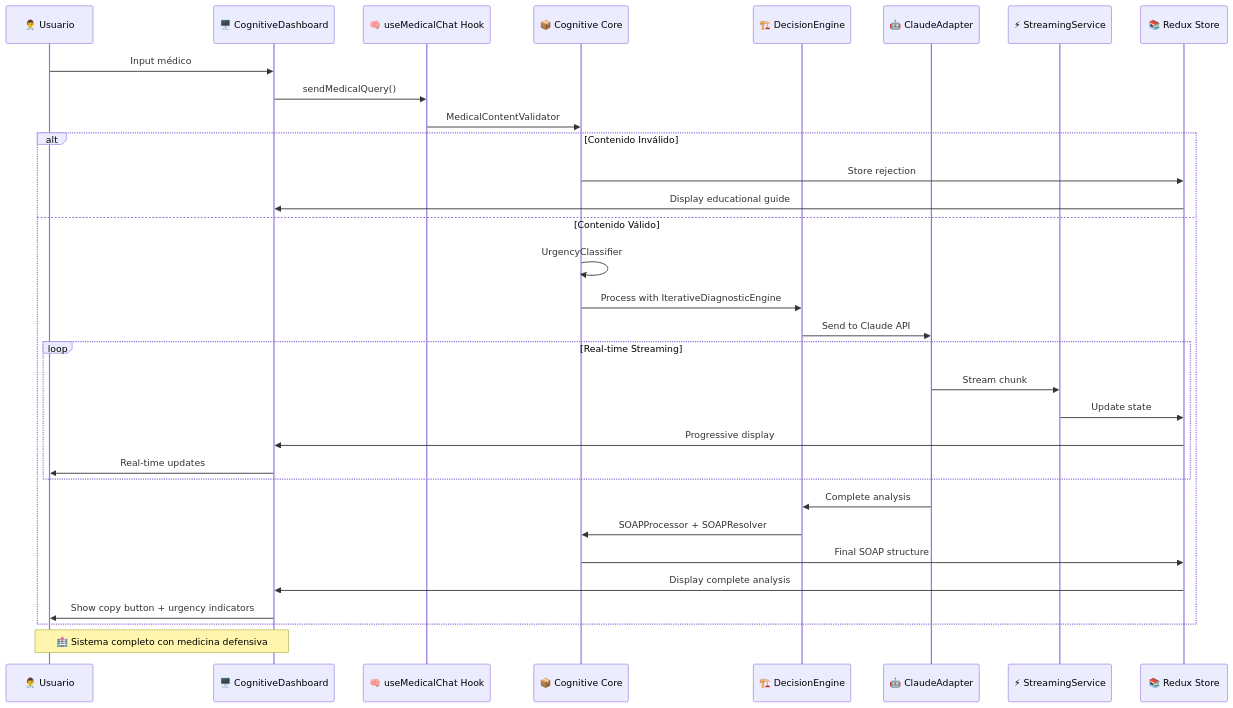
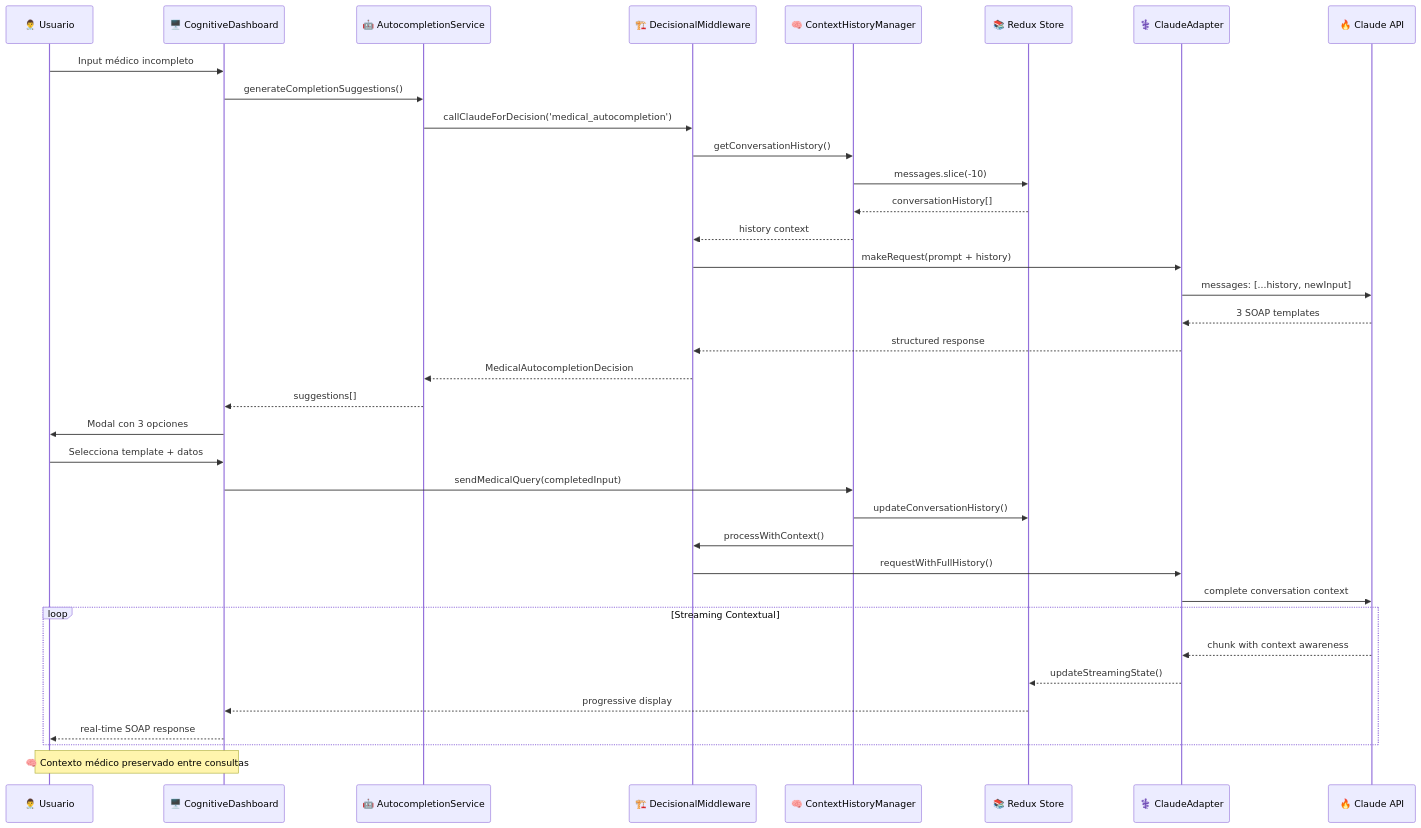
The third of 4 diagrams in README.md (BernardUriza/redux-claude), drawn with Mermaid before and after one commit. The commit also changed other lines of this file and 13 other files, not shown here.

First line of the commit message:
🚀 SISTEMA MÉDICO COGNITIVO FINAL - Arquitectura SOLID + Contexto Inteligente

````diff
--- a/README.md
+++ b/README.md
@@ -220,39 +221,42 @@
 ```mermaid
 sequenceDiagram
     participant U as 👨‍⚕️ Usuario
-    participant CD as 🖥️ CognitiveDashboard
-    participant CH as 🧠 useMedicalChat Hook
-    participant CC as 📦 Cognitive Core
-    participant DE as 🏗️ DecisionEngine
-    participant CA as 🤖 ClaudeAdapter
-    participant SS as ⚡ StreamingService
+    participant CD as 🖥️ CognitiveDashboard  
+    participant AS as 🤖 AutocompletionService
+    participant DM as 🏗️ DecisionalMiddleware
+    participant CH as 🧠 ContextHistoryManager
     participant RS as 📚 Redux Store
+    participant CA as ⚕️ ClaudeAdapter
+    participant API as 🔥 Claude API
     
-    U->>CD: Input médico
-    CD->>CH: sendMedicalQuery()
-    CH->>CC: MedicalContentValidator
+    U->>CD: Input médico incompleto
+    CD->>AS: generateCompletionSuggestions()
+    AS->>DM: callClaudeForDecision('medical_autocompletion')
+    DM->>CH: getConversationHistory()
+    CH->>RS: messages.slice(-10)
+    RS-->>CH: conversationHistory[]
+    CH-->>DM: history context
+    DM->>CA: makeRequest(prompt + history)
+    CA->>API: messages: [...history, newInput]
+    API-->>CA: 3 SOAP templates
+    CA-->>DM: structured response
+    DM-->>AS: MedicalAutocompletionDecision
+    AS-->>CD: suggestions[]
+    CD->>U: Modal con 3 opciones
     
-    alt Contenido Inválido
-        CC->>RS: Store rejection
-        RS->>CD: Display educational guide
-    else Contenido Válido
-        CC->>CC: UrgencyClassifier
-        CC->>DE: Process with IterativeDiagnosticEngine
-        DE->>CA: Send to Claude API
-        
-        loop Real-time Streaming
-            CA->>SS: Stream chunk
-            SS->>RS: Update state
-            RS->>CD: Progressive display
-            CD->>U: Real-time updates
-        end
-        
-        CA->>DE: Complete analysis
-        DE->>CC: SOAPProcessor + SOAPResolver
-        CC->>RS: Final SOAP structure
-        RS->>CD: Display complete analysis
-        CD->>U: Show copy button + urgency indicators
+    U->>CD: Selecciona template + datos
+    CD->>CH: sendMedicalQuery(completedInput)
+    CH->>RS: updateConversationHistory()
+    CH->>DM: processWithContext()
+    DM->>CA: requestWithFullHistory()
+    CA->>API: complete conversation context
+    
+    loop Streaming Contextual
+        API-->>CA: chunk with context awareness
+        CA-->>RS: updateStreamingState()
+        RS-->>CD: progressive display
+        CD-->>U: real-time SOAP response
     end
     
-    Note over U,CD: 🏥 Sistema completo con medicina defensiva
+    Note over U,CD: 🧠 Contexto médico preservado entre consultas
 ```
````
